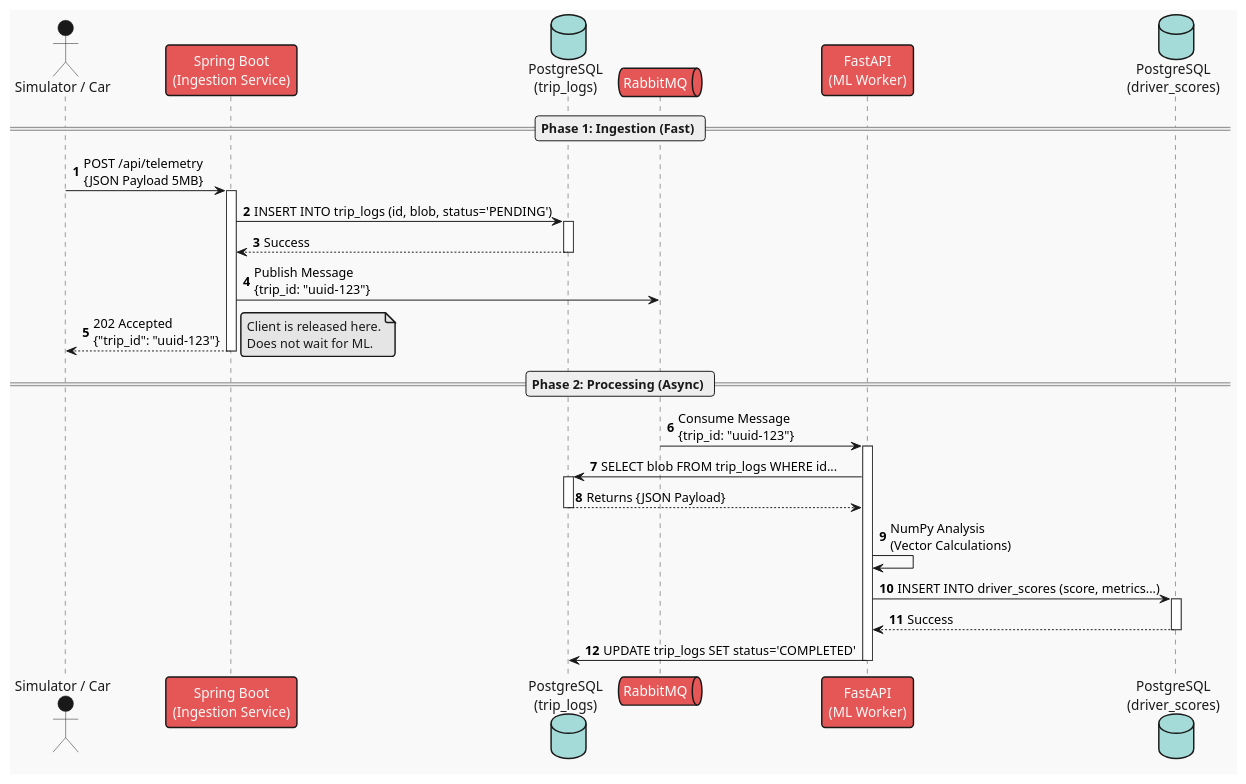
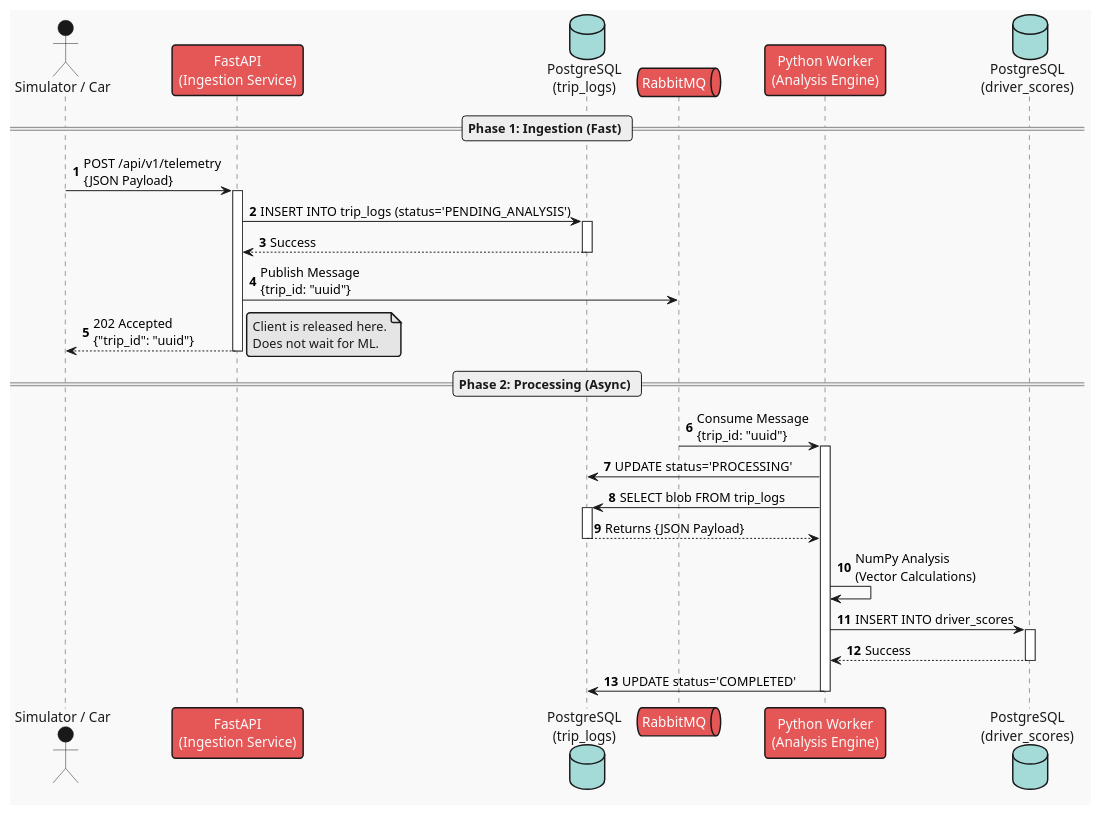
One commit to Project-Be-Better/project-fleetflow changed the diagram in documentation/architecture/telemetry_sequence.puml. Above: the diagram before and after it, drawn with PlantUML. The commit also changed 5 other files, not shown here.

```diff
--- a/documentation/architecture/telemetry_sequence.puml
+++ b/documentation/architecture/telemetry_sequence.puml
@@ -1,45 +1,46 @@
 @startuml
 !theme mars
 autonumber
 
 actor "Simulator / Car" as car
-participant "Spring Boot\n(Ingestion Service)" as java
+participant "FastAPI\n(Ingestion Service)" as api
 database "PostgreSQL\n(trip_logs)" as db_raw
 queue "RabbitMQ" as mq
-participant "FastAPI\n(ML Worker)" as python
+participant "Python Worker\n(Analysis Engine)" as worker
 database "PostgreSQL\n(driver_scores)" as db_score
 
 == Phase 1: Ingestion (Fast) ==
-car -> java: POST /api/telemetry\n{JSON Payload 5MB}
-activate java
+car -> api: POST /api/v1/telemetry\n{JSON Payload}
+activate api
 
-java -> db_raw: INSERT INTO trip_logs (id, blob, status='PENDING')
+api -> db_raw: INSERT INTO trip_logs (status='PENDING_ANALYSIS')
 activate db_raw
-db_raw --> java: Success
+db_raw --> api: Success
 deactivate db_raw
 
-java -> mq: Publish Message\n{trip_id: "uuid-123"}
-java --> car: 202 Accepted\n{"trip_id": "uuid-123"}
-deactivate java
+api -> mq: Publish Message\n{trip_id: "uuid"}
+api --> car: 202 Accepted\n{"trip_id": "uuid"}
+deactivate api
 note right: Client is released here.\nDoes not wait for ML.
 
 == Phase 2: Processing (Async) ==
-mq -> python: Consume Message\n{trip_id: "uuid-123"}
-activate python
+mq -> worker: Consume Message\n{trip_id: "uuid"}
+activate worker
 
-python -> db_raw: SELECT blob FROM trip_logs WHERE id...
+worker -> db_raw: UPDATE status='PROCESSING'
+worker -> db_raw: SELECT blob FROM trip_logs
 activate db_raw
-db_raw --> python: Returns {JSON Payload}
+db_raw --> worker: Returns {JSON Payload}
 deactivate db_raw
 
-python -> python: NumPy Analysis\n(Vector Calculations)
+worker -> worker: NumPy Analysis\n(Vector Calculations)
 
-python -> db_score: INSERT INTO driver_scores (score, metrics...)
+worker -> db_score: INSERT INTO driver_scores
 activate db_score
-db_score --> python: Success
+db_score --> worker: Success
 deactivate db_score
 
-python -> db_raw: UPDATE trip_logs SET status='COMPLETED'
-deactivate python
+worker -> db_raw: UPDATE status='COMPLETED'
+deactivate worker
 
 @enduml
```
